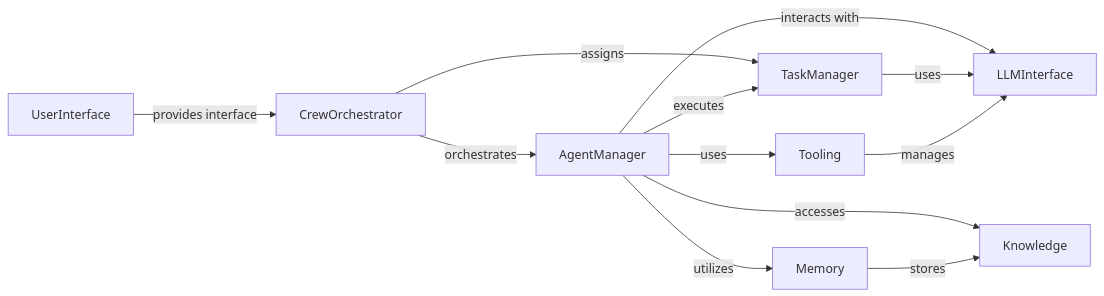
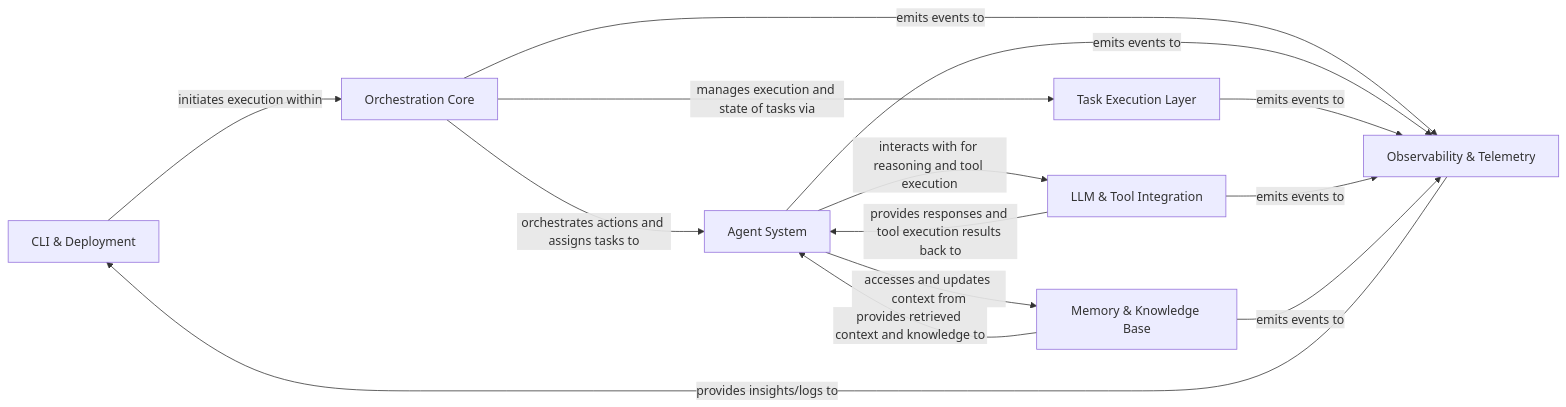
Before and after one commit to CodeBoarding/GeneratedOnBoardings: the diagram in crewAI/on_boarding.md, drawn with Mermaid. The commit also changed other lines of this file and 15 other files, not shown here.

````diff
--- a/crewAI/on_boarding.md
+++ b/crewAI/on_boarding.md
@@ -1,30 +1,30 @@
 ```mermaid
 graph LR
-    CrewOrchestrator["CrewOrchestrator"]
-    AgentManager["AgentManager"]
-    TaskManager["TaskManager"]
-    LLMInterface["LLMInterface"]
-    Tooling["Tooling"]
-    Memory["Memory"]
-    Knowledge["Knowledge"]
-    UserInterface["UserInterface"]
-    CrewOrchestrator -- "orchestrates" --> AgentManager
-    CrewOrchestrator -- "assigns" --> TaskManager
-    AgentManager -- "executes" --> TaskManager
-    AgentManager -- "interacts with" --> LLMInterface
-    AgentManager -- "uses" --> Tooling
-    AgentManager -- "utilizes" --> Memory
-    AgentManager -- "accesses" --> Knowledge
-    TaskManager -- "uses" --> LLMInterface
-    Tooling -- "manages" --> LLMInterface
-    Memory -- "stores" --> Knowledge
-    UserInterface -- "provides interface" --> CrewOrchestrator
-    click CrewOrchestrator href "https://github.com/CodeBoarding/GeneratedOnBoardings/blob/main/crewAI/CrewOrchestrator.md" "Details"
-    click AgentManager href "https://github.com/CodeBoarding/GeneratedOnBoardings/blob/main/crewAI/AgentManager.md" "Details"
-    click TaskManager href "https://github.com/CodeBoarding/GeneratedOnBoardings/blob/main/crewAI/TaskManager.md" "Details"
-    click LLMInterface href "https://github.com/CodeBoarding/GeneratedOnBoardings/blob/main/crewAI/LLMInterface.md" "Details"
-    click Tooling href "https://github.com/CodeBoarding/GeneratedOnBoardings/blob/main/crewAI/Tooling.md" "Details"
-    click Memory href "https://github.com/CodeBoarding/GeneratedOnBoardings/blob/main/crewAI/Memory.md" "Details"
-    click Knowledge href "https://github.com/CodeBoarding/GeneratedOnBoardings/blob/main/crewAI/Knowledge.md" "Details"
-    click UserInterface href "https://github.com/CodeBoarding/GeneratedOnBoardings/blob/main/crewAI/UserInterface.md" "Details"
+    CLI_Deployment["CLI & Deployment"]
+    Orchestration_Core["Orchestration Core"]
+    Agent_System["Agent System"]
+    Task_Execution_Layer["Task Execution Layer"]
+    LLM_Tool_Integration["LLM & Tool Integration"]
+    Memory_Knowledge_Base["Memory & Knowledge Base"]
+    Observability_Telemetry["Observability & Telemetry"]
+    CLI_Deployment -- "initiates execution within" --> Orchestration_Core
+    Orchestration_Core -- "orchestrates actions and assigns tasks to" --> Agent_System
+    Orchestration_Core -- "manages execution and state of tasks via" --> Task_Execution_Layer
+    Agent_System -- "interacts with for reasoning and tool execution" --> LLM_Tool_Integration
+    Agent_System -- "accesses and updates context from" --> Memory_Knowledge_Base
+    LLM_Tool_Integration -- "provides responses and tool execution results back to" --> Agent_System
+    Memory_Knowledge_Base -- "provides retrieved context and knowledge to" --> Agent_System
+    Orchestration_Core -- "emits events to" --> Observability_Telemetry
+    Agent_System -- "emits events to" --> Observability_Telemetry
+    Task_Execution_Layer -- "emits events to" --> Observability_Telemetry
+    LLM_Tool_Integration -- "emits events to" --> Observability_Telemetry
+    Memory_Knowledge_Base -- "emits events to" --> Observability_Telemetry
+    Observability_Telemetry -- "provides insights/logs to" --> CLI_Deployment
+    click CLI_Deployment href "https://github.com/CodeBoarding/GeneratedOnBoardings/blob/main/crewAI/CLI_Deployment.md" "Details"
+    click Orchestration_Core href "https://github.com/CodeBoarding/GeneratedOnBoardings/blob/main/crewAI/Orchestration_Core.md" "Details"
+    click Agent_System href "https://github.com/CodeBoarding/GeneratedOnBoardings/blob/main/crewAI/Agent_System.md" "Details"
+    click Task_Execution_Layer href "https://github.com/CodeBoarding/GeneratedOnBoardings/blob/main/crewAI/Task_Execution_Layer.md" "Details"
+    click LLM_Tool_Integration href "https://github.com/CodeBoarding/GeneratedOnBoardings/blob/main/crewAI/LLM_Tool_Integration.md" "Details"
+    click Memory_Knowledge_Base href "https://github.com/CodeBoarding/GeneratedOnBoardings/blob/main/crewAI/Memory_Knowledge_Base.md" "Details"
+    click Observability_Telemetry href "https://github.com/CodeBoarding/GeneratedOnBoardings/blob/main/crewAI/Observability_Telemetry.md" "Details"
 ```
````
